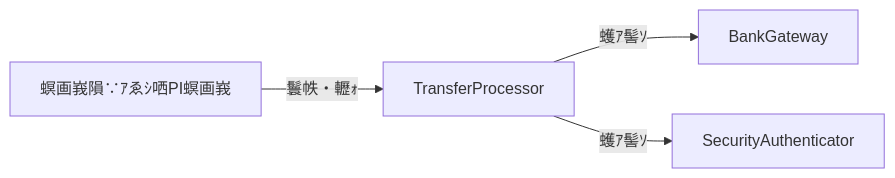
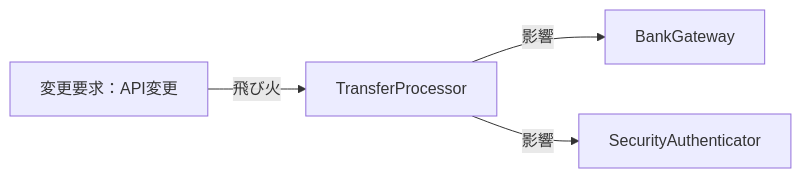
Before and after one commit to kumachan1101-pixel/DesignPattern: the second of 5 diagrams in kindle/design-patterns/output/chapter02.md, drawn with Mermaid. The commit also changed other lines of this file and 5 other files, not shown here.

````diff
--- a/kindle/design-patterns/output/chapter02.md
+++ b/kindle/design-patterns/output/chapter02.md
@@ -491,6 +491,6 @@
 ```mermaid
 graph LR
-    T1["螟画峩隕∵ｱゑｼ哂PI螟画峩"] -->|"鬟帙・轣ｫ"| A["TransferProcessor"]
-    A -->|"蠖ｱ髻ｿ"| B["BankGateway"]
-    A -->|"蠖ｱ髻ｿ"| C["SecurityAuthenticator"]
+    T1["変更要求：API変更"] -->|"飛び火"| A["TransferProcessor"]
+    A -->|"影響"| B["BankGateway"]
+    A -->|"影響"| C["SecurityAuthenticator"]
 ```
````
